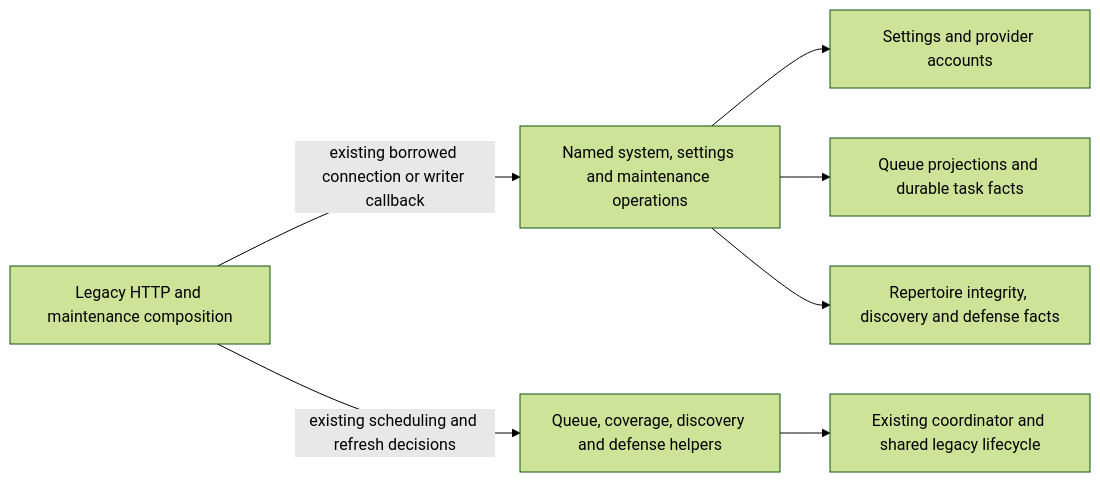
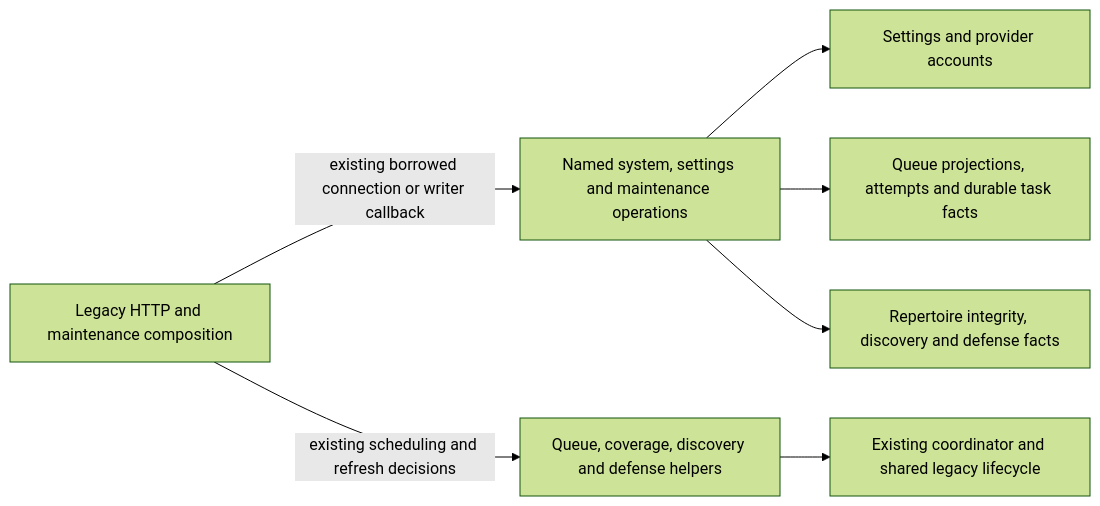
One commit to aaweaver-actuary/tempo changed the diagram in database/tempo_legacy_database/adapters/http_composition/README.md. Above: the diagram before and after it, drawn with Mermaid (forest theme). The commit also changed other lines of this file and 6 other files, not shown here.

````diff
--- a/database/tempo_legacy_database/adapters/http_composition/README.md
+++ b/database/tempo_legacy_database/adapters/http_composition/README.md
@@ -13,9 +14,9 @@
 ```mermaid
 flowchart LR
   http[Legacy HTTP and maintenance composition] -->|existing borrowed connection or writer callback| store[Named system, settings and maintenance operations]
   http -->|existing scheduling and refresh decisions| jobs[Queue, coverage, discovery and defense helpers]
   store --> settings[Settings and provider accounts]
-  store --> queue[Queue projections and durable task facts]
+  store --> queue[Queue projections, attempts and durable task facts]
   store --> source[Repertoire integrity, discovery and defense facts]
   jobs --> lifecycle[Existing coordinator and shared legacy lifecycle]
 ```
````
